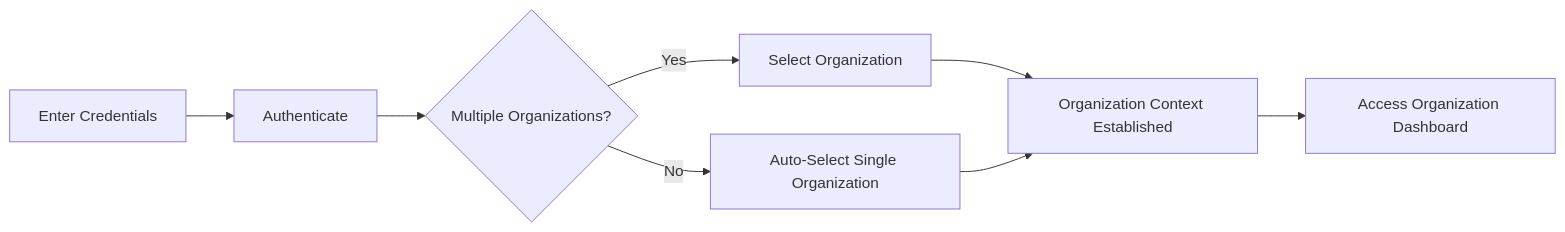
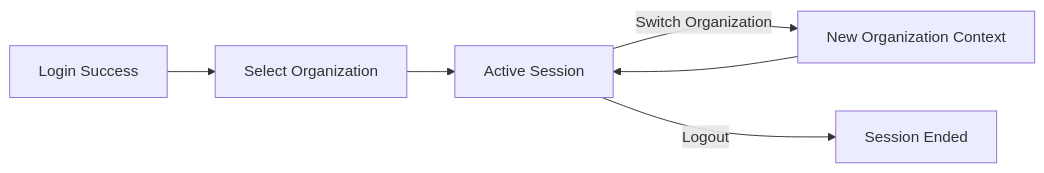
One commit to wrtnlabs/autobe-examples changed the third of 6 diagrams in z-ai/glm-5/erp/docs/analysis/01-actors-and-auth.md. Above: the diagram before and after it, drawn with Mermaid. The commit also changed other lines of this file and 3761 other files, not shown here.

````diff
--- a/z-ai/glm-5/erp/docs/analysis/01-actors-and-auth.md
+++ b/z-ai/glm-5/erp/docs/analysis/01-actors-and-auth.md
@@ -104,10 +214,8 @@
 ```mermaid
 flowchart LR
-    A["Enter Credentials"] --> B["Authenticate"]
-    B --> C{"Multiple Organizations?"}
-    C -->|"Yes"| D["Select Organization"]
-    C -->|"No"| E["Auto-Select Single Organization"]
-    D --> F["Organization Context Established"]
-    E --> F
-    F --> G["Access Organization Dashboard"]
+    A["Login Success"] --> B["Select Organization"]
+    B --> C["Active Session"]
+    C -->|"Switch Organization"| D["New Organization Context"]
+    D --> C
+    C -->|"Logout"| E["Session Ended"]
 ```
````
